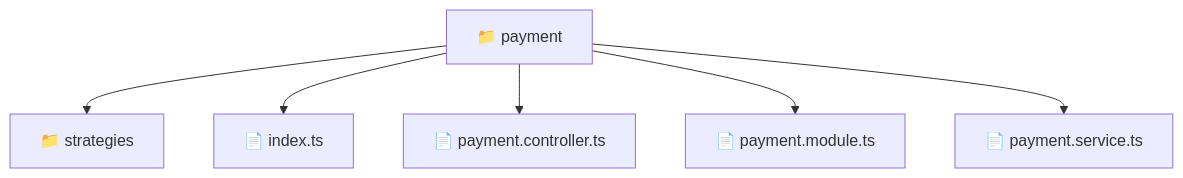
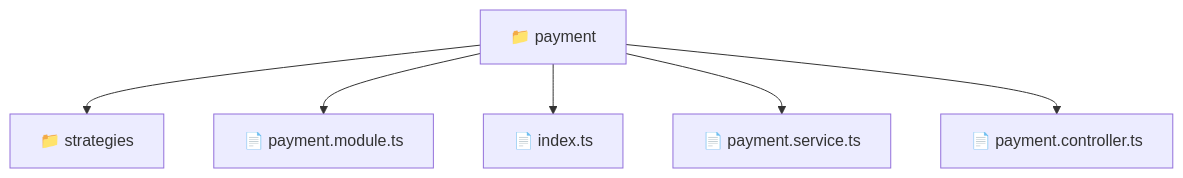
The diagram in backend/src/modules/payment/README.md (beginwebdev2002/fullstack-mavluda), drawn with Mermaid before and after one commit. The commit also changed other lines of this file and 157 other files, not shown here.

````diff
--- a/backend/src/modules/payment/README.md
+++ b/backend/src/modules/payment/README.md
@@ -9,9 +9,9 @@
 ```mermaid
 graph TD
-  Root["📁 payment"]
-  Root --> strategies["📁 strategies"]
-  Root --> index_ts["📄 index.ts"]
-  Root --> payment_controller_ts["📄 payment.controller.ts"]
-  Root --> payment_module_ts["📄 payment.module.ts"]
-  Root --> payment_service_ts["📄 payment.service.ts"]
+  payment["📁 payment"]
+  payment --> strategies["📁 strategies"]
+  payment --> payment_module_ts["📄 payment.module.ts"]
+  payment --> index_ts["📄 index.ts"]
+  payment --> payment_service_ts["📄 payment.service.ts"]
+  payment --> payment_controller_ts["📄 payment.controller.ts"]
 ```
````
